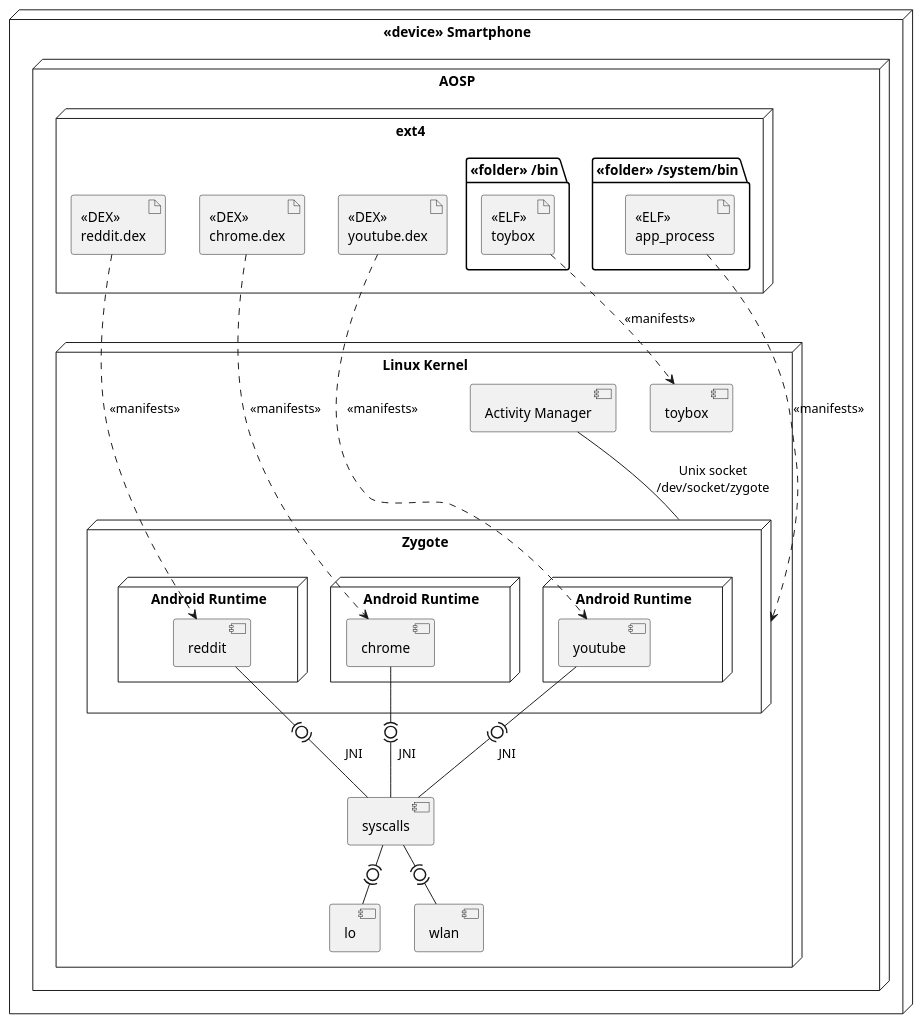
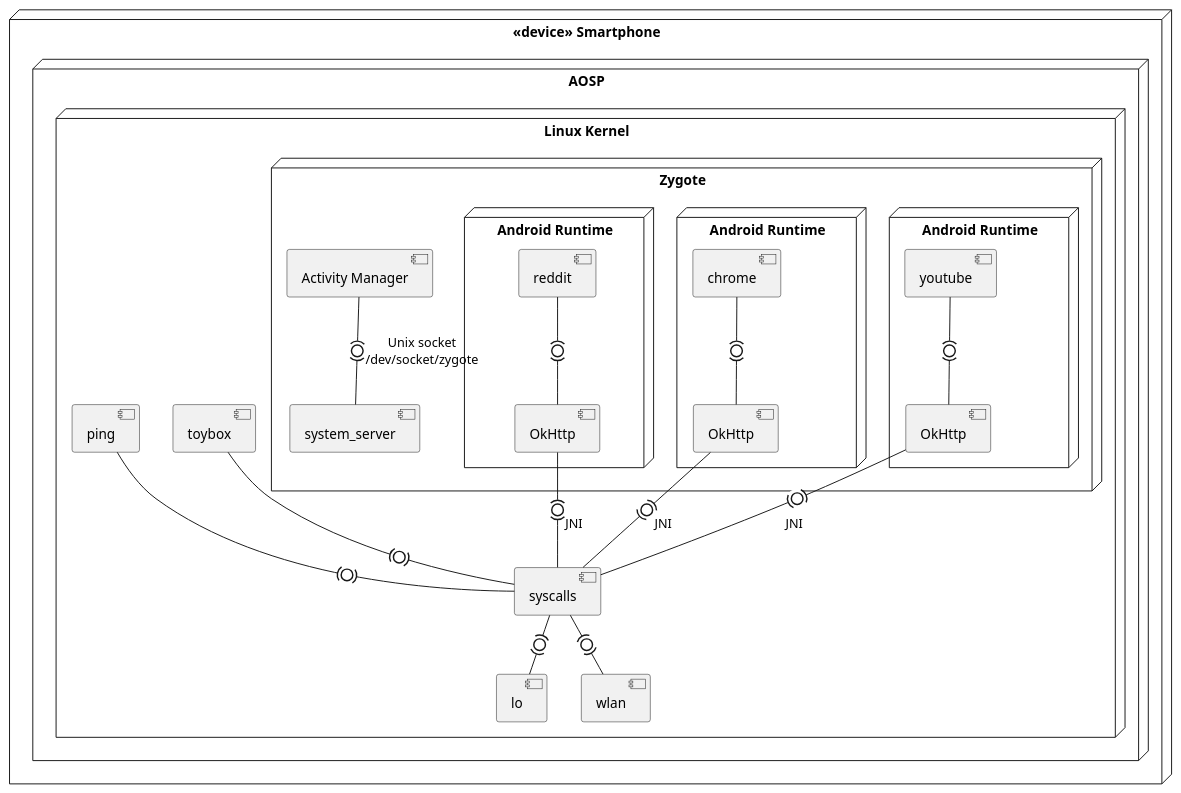
Before and after one commit to comeillfoo/telecom-netsys-design-2: the diagram in android-deployment.pu, drawn with PlantUML. The commit also changed 1 other file, not shown here.

Commit message:
feat(android): deployment and sequence improvements

```diff
--- a/android-deployment.pu
+++ b/android-deployment.pu
@@ -1,55 +1,48 @@
 @startuml
 node "<<device>> Smartphone" {
     node AOSP {
-        node "ext4" {
-            folder "<<folder>> /bin" as bin_f {
-                artifact "<<ELF>>\ntoybox" as toybox
-            }
-            folder "<<folder>> /system/bin" as system_bin_f {
-                artifact "<<ELF>>\napp_process" as zygote
-            }
-            artifact "<<DEX>>\nreddit.dex" as reddit
-            artifact "<<DEX>>\nchrome.dex" as chrome
-            artifact "<<DEX>>\nyoutube.dex" as youtube
-        }
-
         node "Linux Kernel" {
             [toybox] as toybox_c
+            [ping] as ping_c
             node "Zygote" as zygote_n {
-                node "Android Runtime" as art_n_t1 {
+                [system_server] as system_server_c
+                [Activity Manager] as activity_manager_c
+                node "Android Runtime" as art_n1 {
                     [reddit] as reddit_c
+                    [OkHttp] as http_lib1
                 }
-                node "Android Runtime" as art_n_t2 {
+                node "Android Runtime" as art_n2 {
                     [chrome] as chrome_c
+                    [OkHttp] as http_lib2
                 }
-                node "Android Runtime" as art_n_t3 {
+                node "Android Runtime" as art_n3 {
                     [youtube] as youtube_c
+                    [OkHttp] as http_lib3
                 }
+
             }
 
             [lo]
             [wlan]
 
             [syscalls]
-
-            [Activity Manager] as activity_manager_c
         }
     }
 }
 
-toybox -[dashed]-> toybox_c : <<manifests>>
-zygote -[dashed]-> zygote_n : <<manifests>>
-reddit -[dashed]-> reddit_c : <<manifests>>
-chrome -[dashed]-> chrome_c : <<manifests>>
-youtube -[dashed]-> youtube_c : <<manifests>>
+activity_manager_c -(0)- system_server_c : "Unix socket\n/dev/socket/zygote"
 
-activity_manager_c -- zygote_n : "Unix socket\n/dev/socket/zygote"
+toybox_c -(0)- syscalls
+ping_c -(0)- syscalls
+reddit_c -(0)- http_lib1
+chrome_c -(0)- http_lib2
+youtube_c -(0)- http_lib3
 
-reddit_c -(0)- syscalls : JNI
-chrome_c -(0)- syscalls : JNI
-youtube_c -(0)- syscalls : JNI
+http_lib1 -(0)- syscalls : JNI
+http_lib2 -(0)- syscalls : JNI
+http_lib3 -(0)- syscalls : JNI
 
 syscalls -(0)- lo
 syscalls -(0)- wlan
 
 @enduml
```
